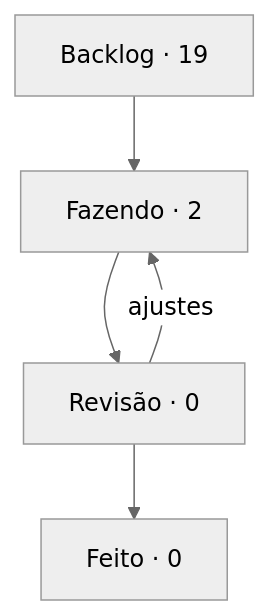
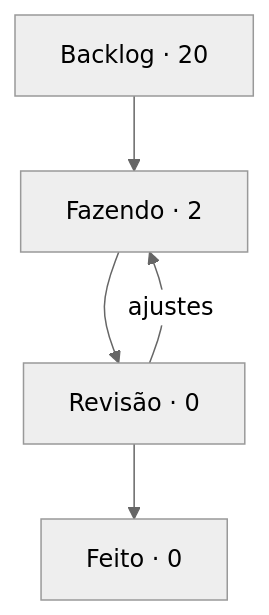
Before and after one commit to StudioVibi/VibiKanban: the diagram in boards/dungeon-bend/BOARD.md, drawn with Mermaid (neutral theme). The commit also changed other lines of this file and 16 other files, not shown here.

````diff
--- a/boards/dungeon-bend/BOARD.md
+++ b/boards/dungeon-bend/BOARD.md
@@ -5,10 +5,10 @@
 ```mermaid
 flowchart TD
-  backlog["Backlog · 19"] --> doing["Fazendo · 2"]
+  backlog["Backlog · 20"] --> doing["Fazendo · 2"]
   doing --> review["Revisão · 0"]
   review --> done["Feito · 0"]
   review -->|ajustes| doing
   doing:::blue
   review:::yellow
   done:::green
 ```
````
